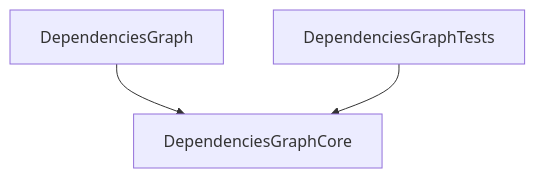
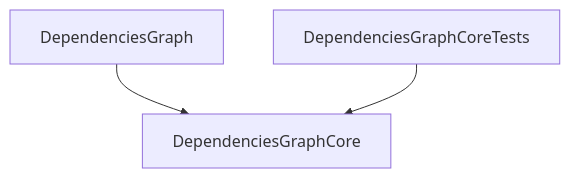
The second of 2 diagrams in README.md (Ryu0118/swift-dependencies-graph), drawn with Mermaid before and after one commit.

Commit message:
Update README.md
DependenciesGraphTests からDependenciesGraphCoreTestsにrenameしたため

````diff
--- a/README.md
+++ b/README.md
@@ -39,5 +39,5 @@
 ```mermaid
 graph TD;
     DependenciesGraph-->DependenciesGraphCore;
-    DependenciesGraphTests-->DependenciesGraphCore;
+    DependenciesGraphCoreTests-->DependenciesGraphCore;
 ```
````
